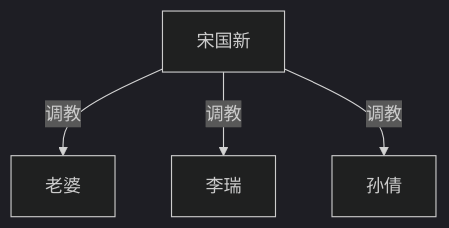
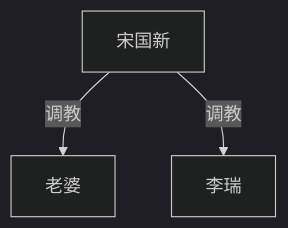
The diagram in _posts/ideas/cuckold-slave-continuation-plan.md (victor-w-ma/victor-w-ma.github.io), drawn with Mermaid (dark theme) before and after one commit. The commit also changed other lines of this file, not shown here.

First line of the commit message:
Treat Song's other women as a route, not one mistress.

````diff
--- a/_posts/ideas/cuckold-slave-continuation-plan.md
+++ b/_posts/ideas/cuckold-slave-continuation-plan.md
@@ -23,10 +23,8 @@
 ```mermaid
 graph TD
  song["宋国新"]
  wife["老婆"]
  li["李瑞"]
- sun["孙倩"]
  song -->|调教| wife
  song -->|调教| li
- song -->|调教| sun
 ```
````
